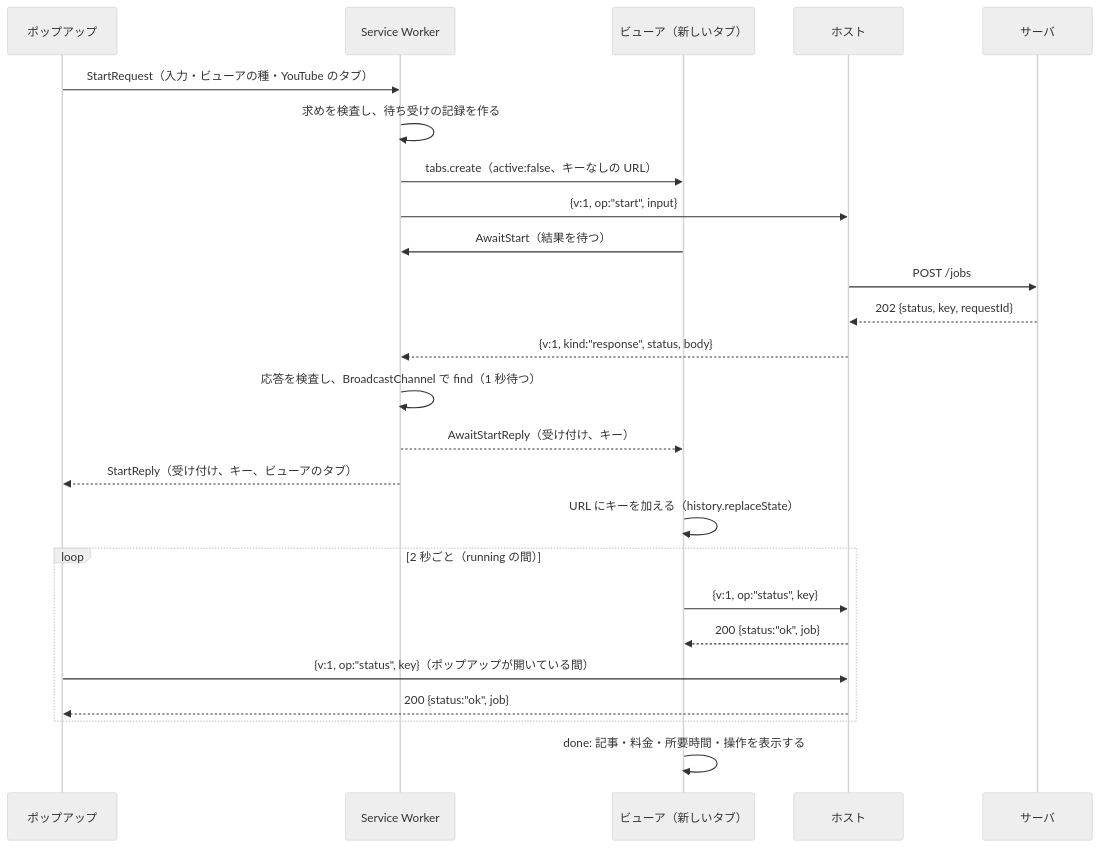
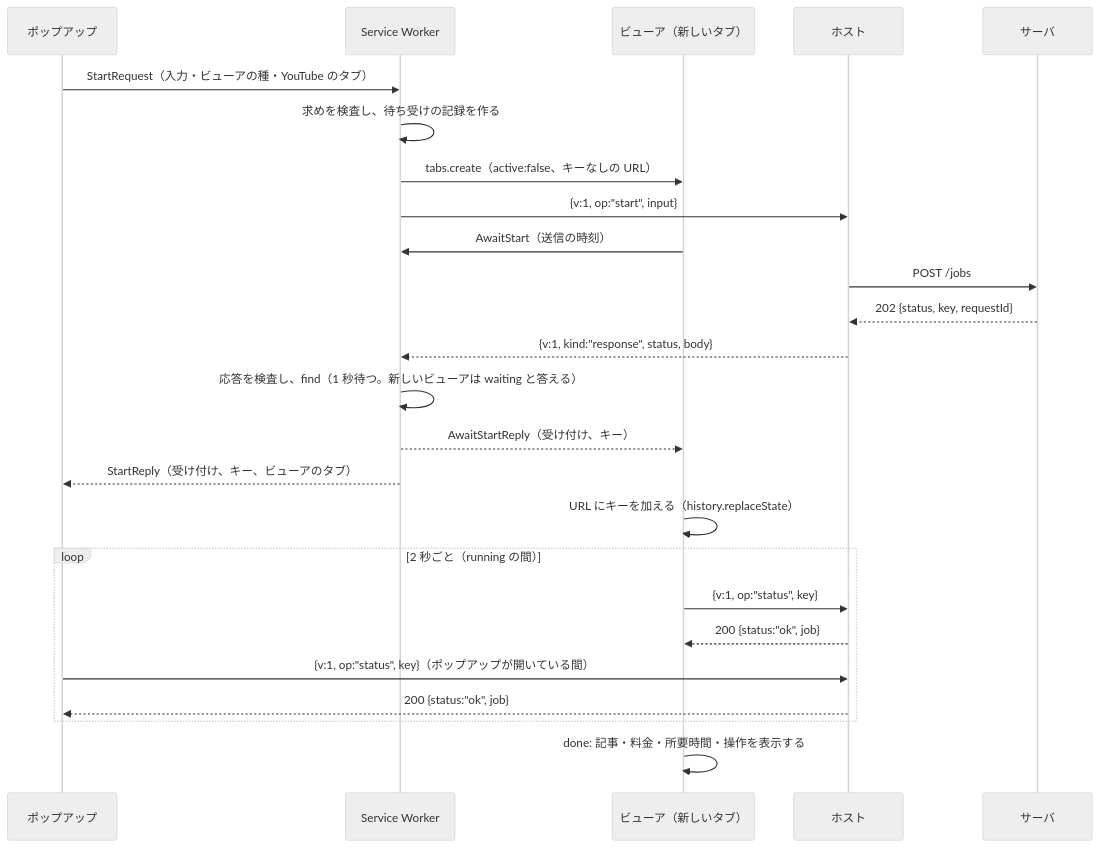
Before and after one commit to isseis/yt2column: the fourth of 11 diagrams in docs/tasks/0050_viewer_tab/02_architecture.md, drawn with Mermaid (neutral theme). The commit also changed other lines of this file, not shown here.

First line of the commit message:
docs(0050): address the architecture review and polish the Japanese

````diff
--- a/docs/tasks/0050_viewer_tab/02_architecture.md
+++ b/docs/tasks/0050_viewer_tab/02_architecture.md
@@ -226,28 +284,28 @@
 ```mermaid
 sequenceDiagram
     participant P as ポップアップ
     participant S as Service Worker
     participant V as ビューア（新しいタブ）
     participant H as ホスト
     participant Srv as サーバ
 
     P->>S: StartRequest（入力・ビューアの種・YouTube のタブ）
     S->>S: 求めを検査し、待ち受けの記録を作る
     S->>V: tabs.create（active:false、キーなしの URL）
     S->>H: {v:1, op:"start", input}
-    V->>S: AwaitStart（結果を待つ）
+    V->>S: AwaitStart（送信の時刻）
     H->>Srv: POST /jobs
     Srv-->>H: 202 {status, key, requestId}
     H-->>S: {v:1, kind:"response", status, body}
-    S->>S: 応答を検査し、BroadcastChannel で find（1 秒待つ）
+    S->>S: 応答を検査し、find（1 秒待つ。新しいビューアは waiting と答える）
     S-->>V: AwaitStartReply（受け付け、キー）
     S-->>P: StartReply（受け付け、キー、ビューアのタブ）
     V->>V: URL にキーを加える（history.replaceState）
     loop 2 秒ごと（running の間）
         V->>H: {v:1, op:"status", key}
         H-->>V: 200 {status:"ok", job}
         P->>H: {v:1, op:"status", key}（ポップアップが開いている間）
         H-->>P: 200 {status:"ok", job}
     end
     V->>V: done: 記事・料金・所要時間・操作を表示する
 ```
````
